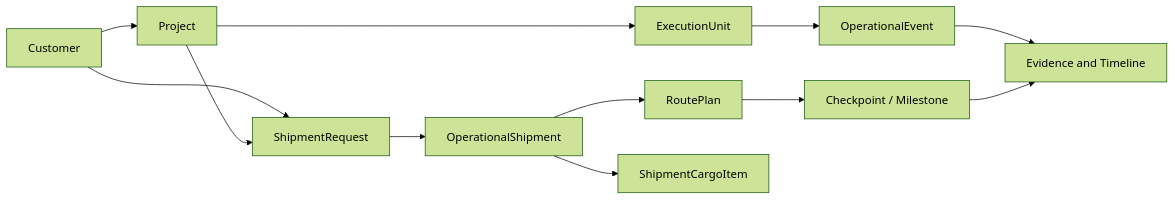
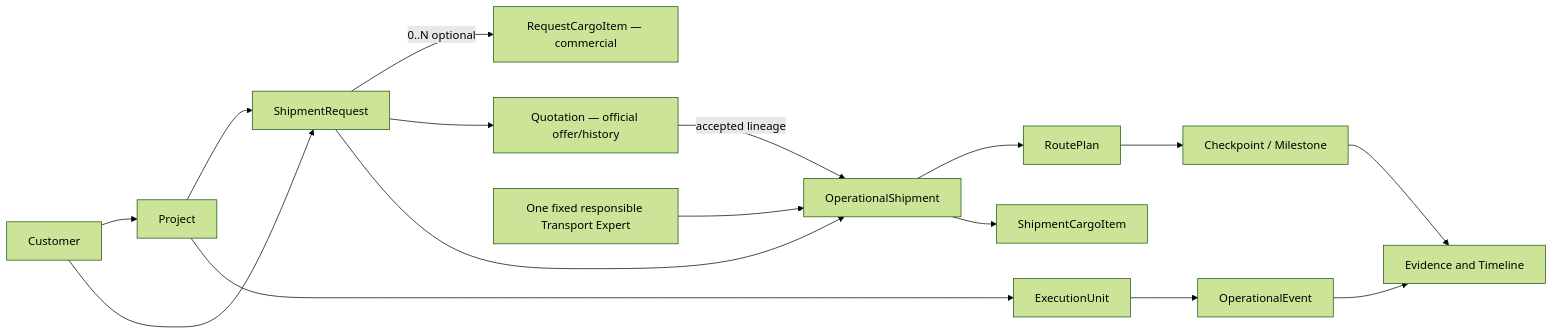
The third of 8 diagrams in docs/operational/FDM-001-forwarder-domain-map.md (behtashnoori/forwarder), drawn with Mermaid (forest theme) before and after one commit. The commit also changed other lines of this file and 16 other files, not shown here.

Commit message:
docs(architecture): reconcile product references under LPAF

````diff
--- a/docs/operational/FDM-001-forwarder-domain-map.md
+++ b/docs/operational/FDM-001-forwarder-domain-map.md
@@ -38,13 +38,17 @@
 ```mermaid
 flowchart LR
   C["Customer"] --> P["Project"]
   C --> SR["ShipmentRequest"]
+  SR -->|"0..N optional"| RC["RequestCargoItem — commercial"]
+  SR --> Q["Quotation — official offer/history"]
   P --> SR --> OS["OperationalShipment"]
+  Q -->|"accepted lineage"| OS
+  TE["One fixed responsible Transport Expert"] --> OS
   P --> EU["ExecutionUnit"]
   OS --> RP["RoutePlan"]
   OS --> SC["ShipmentCargoItem"]
   EU --> EV["OperationalEvent"]
   RP --> CP["Checkpoint / Milestone"]
   EV --> E["Evidence and Timeline"]
   CP --> E
 ```
````
